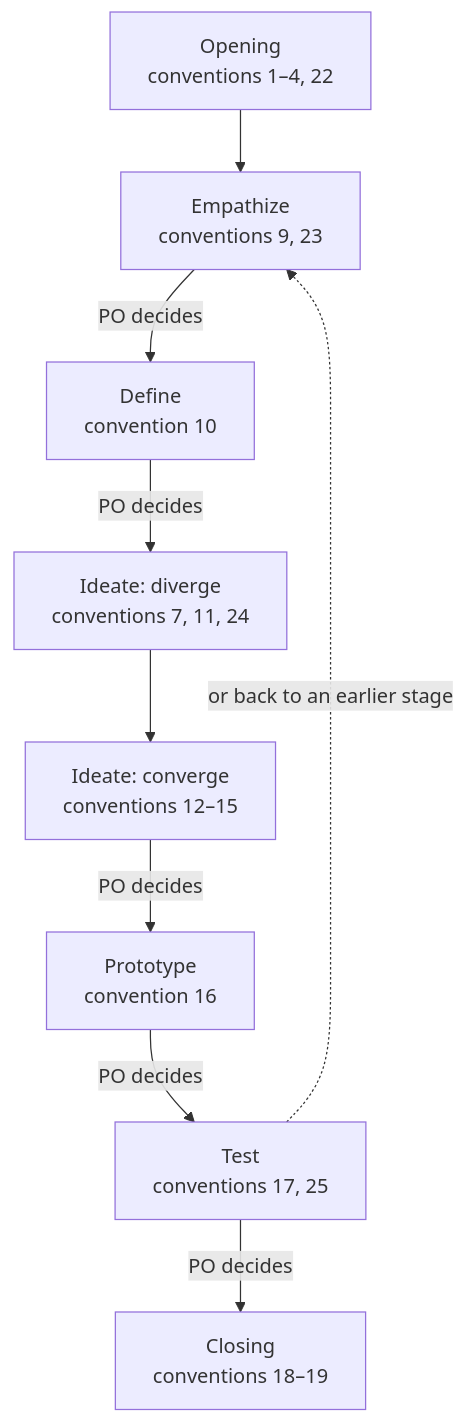
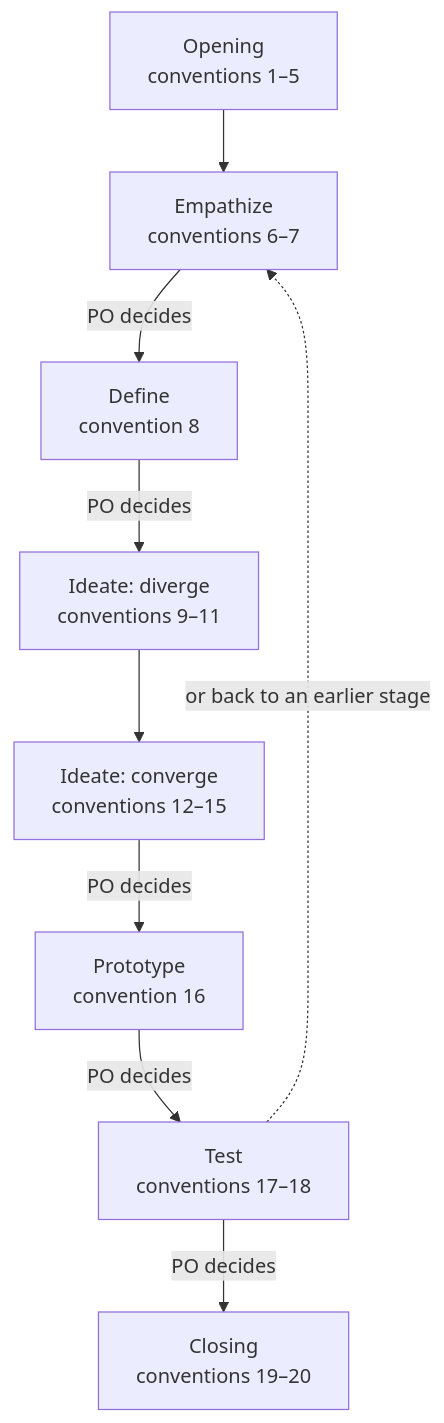
One commit to seapawn1/IDEO-Scrum changed the diagram in plugins/ideo-scrum/skills/design-kernel/conventions/design-log.md. Above: the diagram before and after it, drawn with Mermaid. The commit also changed other lines of this file and 7 other files, not shown here.

````diff
--- a/plugins/ideo-scrum/skills/design-kernel/conventions/design-log.md
+++ b/plugins/ideo-scrum/skills/design-kernel/conventions/design-log.md
@@ -7,11 +7,11 @@
 ```mermaid
 flowchart TD
-    A["Opening<br/>conventions 1–4, 22"] --> B["Empathize<br/>conventions 9, 23"]
-    B -- "PO decides" --> C["Define<br/>convention 10"]
-    C -- "PO decides" --> D["Ideate: diverge<br/>conventions 7, 11, 24"]
+    A["Opening<br/>conventions 1–5"] --> B["Empathize<br/>conventions 6–7"]
+    B -- "PO decides" --> C["Define<br/>convention 8"]
+    C -- "PO decides" --> D["Ideate: diverge<br/>conventions 9–11"]
     D --> E["Ideate: converge<br/>conventions 12–15"]
     E -- "PO decides" --> F["Prototype<br/>convention 16"]
-    F -- "PO decides" --> G["Test<br/>conventions 17, 25"]
-    G -- "PO decides" --> H["Closing<br/>conventions 18–19"]
+    F -- "PO decides" --> G["Test<br/>conventions 17–18"]
+    G -- "PO decides" --> H["Closing<br/>conventions 19–20"]
     G -. "or back to an earlier stage" .-> B
 ```
````
